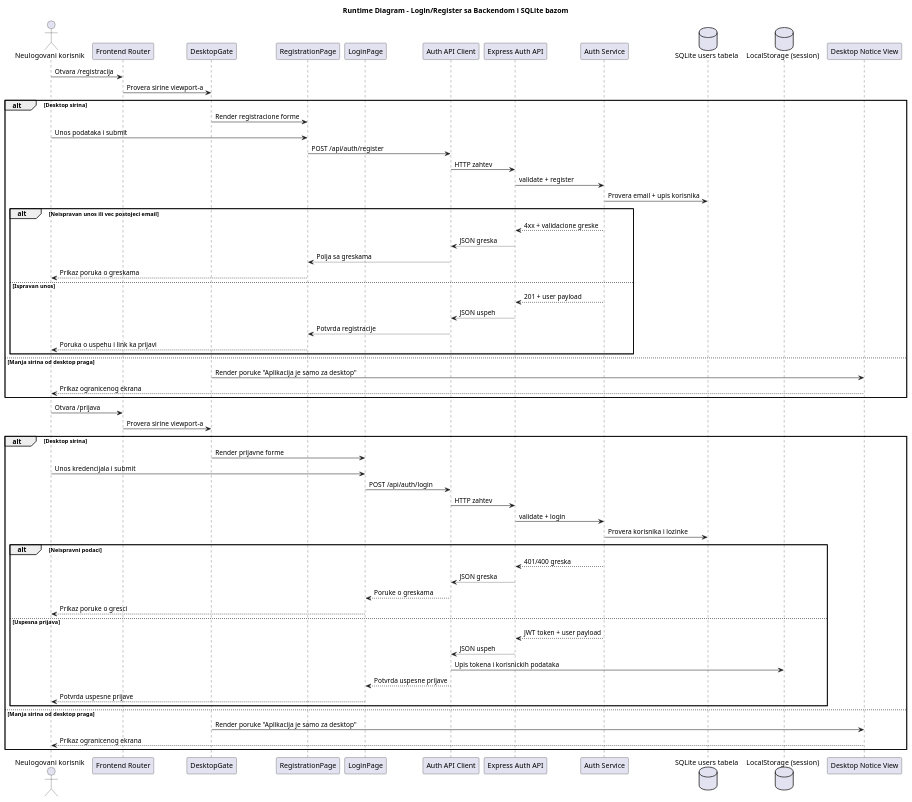
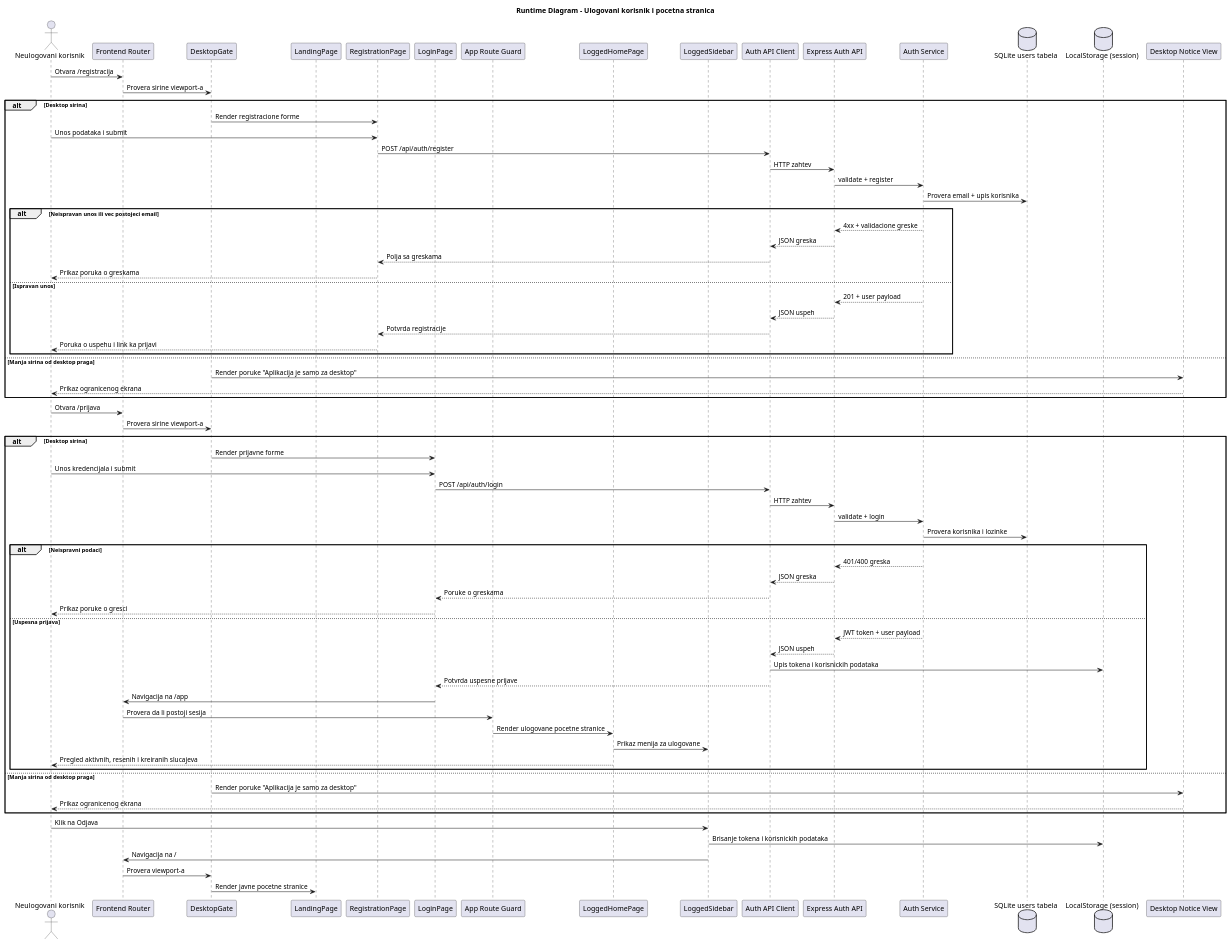
The diagram in Docs/architecture/runtime_diagram.puml (bagi002/INSPEKTOR), drawn with PlantUML before and after one commit. The commit also changed 17 other files, not shown here.

Commit message:
Doata pocetna stranica za ulogovanog korisnika

```diff
--- a/Docs/architecture/runtime_diagram.puml
+++ b/Docs/architecture/runtime_diagram.puml
@@ -1,71 +1,85 @@
 @startuml Runtime Diagram
-title Runtime Diagram - Login/Register sa Backendom i SQLite bazom
+title Runtime Diagram - Ulogovani korisnik i pocetna stranica
 
 actor "Neulogovani korisnik" as Guest
 participant "Frontend Router" as Router
 participant "DesktopGate" as Gate
+participant "LandingPage" as Landing
 participant "RegistrationPage" as Registration
 participant "LoginPage" as Login
+participant "App Route Guard" as Guard
+participant "LoggedHomePage" as LoggedHome
+participant "LoggedSidebar" as LoggedMenu
 participant "Auth API Client" as ApiClient
 participant "Express Auth API" as AuthApi
 participant "Auth Service" as AuthService
 database "SQLite users tabela" as UsersStore
 database "LocalStorage (session)" as SessionStore
 participant "Desktop Notice View" as Notice
 
 Guest -> Router: Otvara /registracija
 Router -> Gate: Provera sirine viewport-a
 
 alt Desktop sirina
   Gate -> Registration: Render registracione forme
   Guest -> Registration: Unos podataka i submit
   Registration -> ApiClient: POST /api/auth/register
   ApiClient -> AuthApi: HTTP zahtev
   AuthApi -> AuthService: validate + register
   AuthService -> UsersStore: Provera email + upis korisnika
 
   alt Neispravan unos ili vec postojeci email
     AuthService --> AuthApi: 4xx + validacione greske
     AuthApi --> ApiClient: JSON greska
     ApiClient --> Registration: Polja sa greskama
     Registration --> Guest: Prikaz poruka o greskama
   else Ispravan unos
     AuthService --> AuthApi: 201 + user payload
     AuthApi --> ApiClient: JSON uspeh
     ApiClient --> Registration: Potvrda registracije
     Registration --> Guest: Poruka o uspehu i link ka prijavi
   end
 else Manja sirina od desktop praga
   Gate -> Notice: Render poruke "Aplikacija je samo za desktop"
   Notice --> Guest: Prikaz ogranicenog ekrana
 end
 
 Guest -> Router: Otvara /prijava
 Router -> Gate: Provera sirine viewport-a
 
 alt Desktop sirina
   Gate -> Login: Render prijavne forme
   Guest -> Login: Unos kredencijala i submit
   Login -> ApiClient: POST /api/auth/login
   ApiClient -> AuthApi: HTTP zahtev
   AuthApi -> AuthService: validate + login
   AuthService -> UsersStore: Provera korisnika i lozinke
 
   alt Neispravni podaci
     AuthService --> AuthApi: 401/400 greska
     AuthApi --> ApiClient: JSON greska
     ApiClient --> Login: Poruke o greskama
     Login --> Guest: Prikaz poruke o gresci
   else Uspesna prijava
     AuthService --> AuthApi: JWT token + user payload
     AuthApi --> ApiClient: JSON uspeh
     ApiClient -> SessionStore: Upis tokena i korisnickih podataka
     ApiClient --> Login: Potvrda uspesne prijave
-    Login --> Guest: Potvrda uspesne prijave
+    Login -> Router: Navigacija na /app
+    Router -> Guard: Provera da li postoji sesija
+    Guard -> LoggedHome: Render ulogovane pocetne stranice
+    LoggedHome -> LoggedMenu: Prikaz menija za ulogovane
+    LoggedHome --> Guest: Pregled aktivnih, resenih i kreiranih slucajeva
   end
 else Manja sirina od desktop praga
   Gate -> Notice: Render poruke "Aplikacija je samo za desktop"
   Notice --> Guest: Prikaz ogranicenog ekrana
 end
 
+Guest -> LoggedMenu: Klik na Odjava
+LoggedMenu -> SessionStore: Brisanje tokena i korisnickih podataka
+LoggedMenu -> Router: Navigacija na /
+Router -> Gate: Provera viewport-a
+Gate -> Landing: Render javne pocetne stranice
+
 @enduml
```
